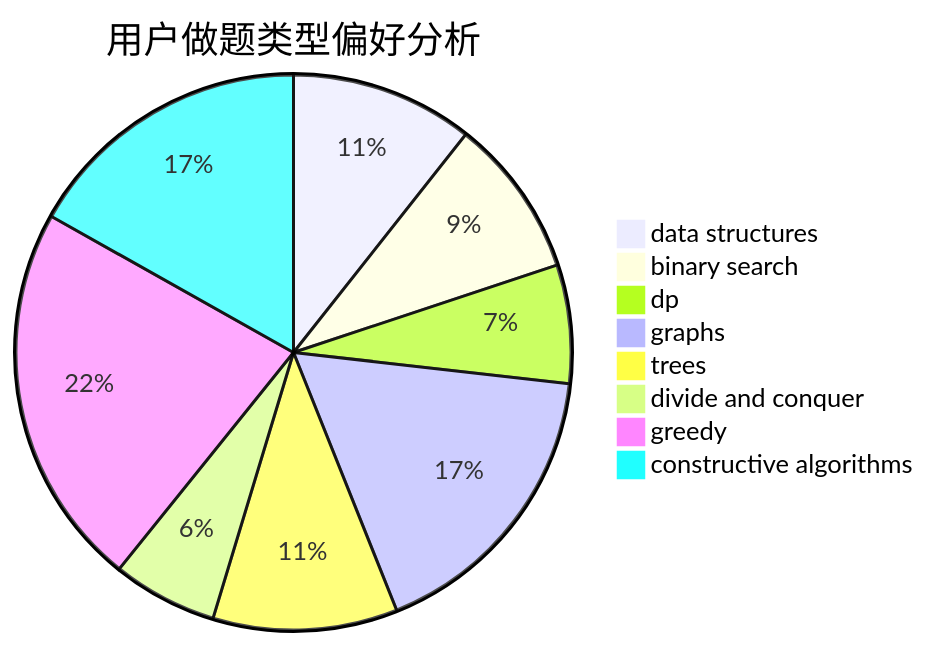
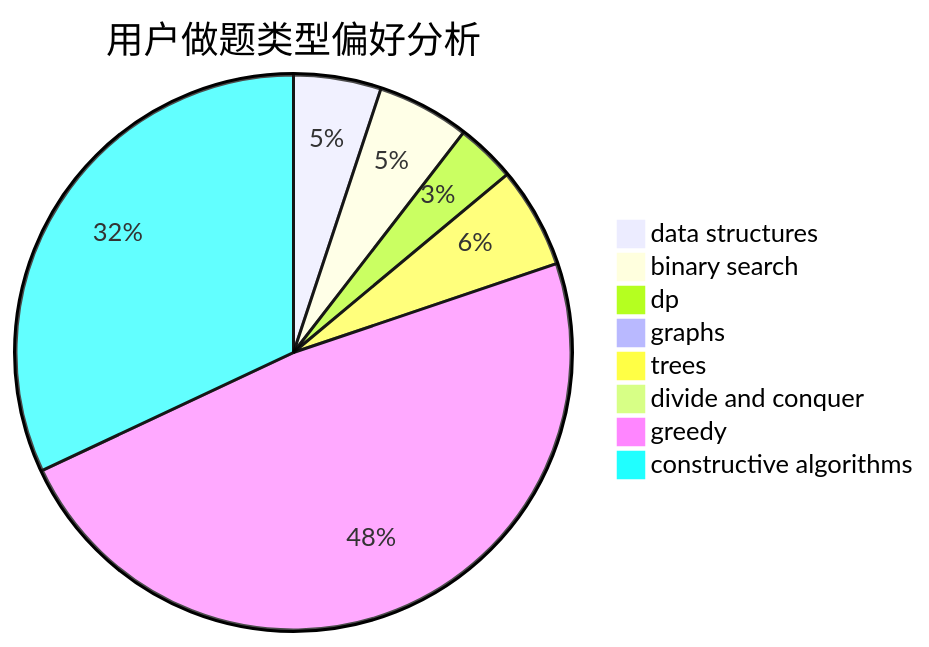
Before and after one commit to sherpahu/cfrs.github.io: the second of 3 diagrams in docs/user/u1470.md, drawn with Mermaid. The commit also changed other lines of this file and 2770 other files, not shown here.

````diff
--- a/docs/user/u1470.md
+++ b/docs/user/u1470.md
@@ -23,11 +23,11 @@
 ```mermaid
 pie title 用户做题类型偏好分析
-    "data structures" :  108
-    "binary search" :  94
-    "dp" :  70
-    "graphs" :  174
-    "trees" :  109
-    "divide and conquer" :  62
-    "greedy" :  227
-    "constructive algorithms" :  171
+    "data structures" :  72
+    "binary search" :  76
+    "dp" :  49
+    "graphs" :  6
+    "trees" :  83
+    "divide and conquer" :  0
+    "greedy" :  681
+    "constructive algorithms" :  452
 ```
````
